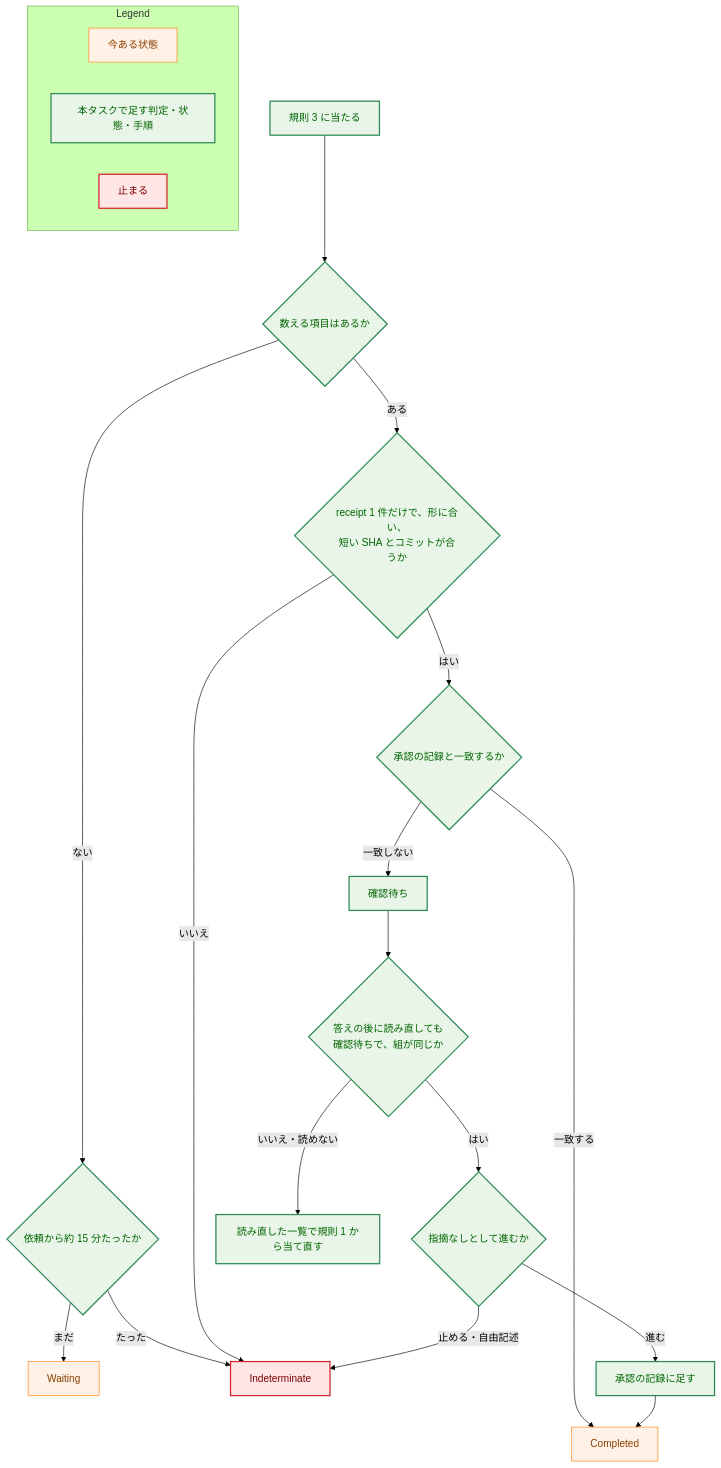
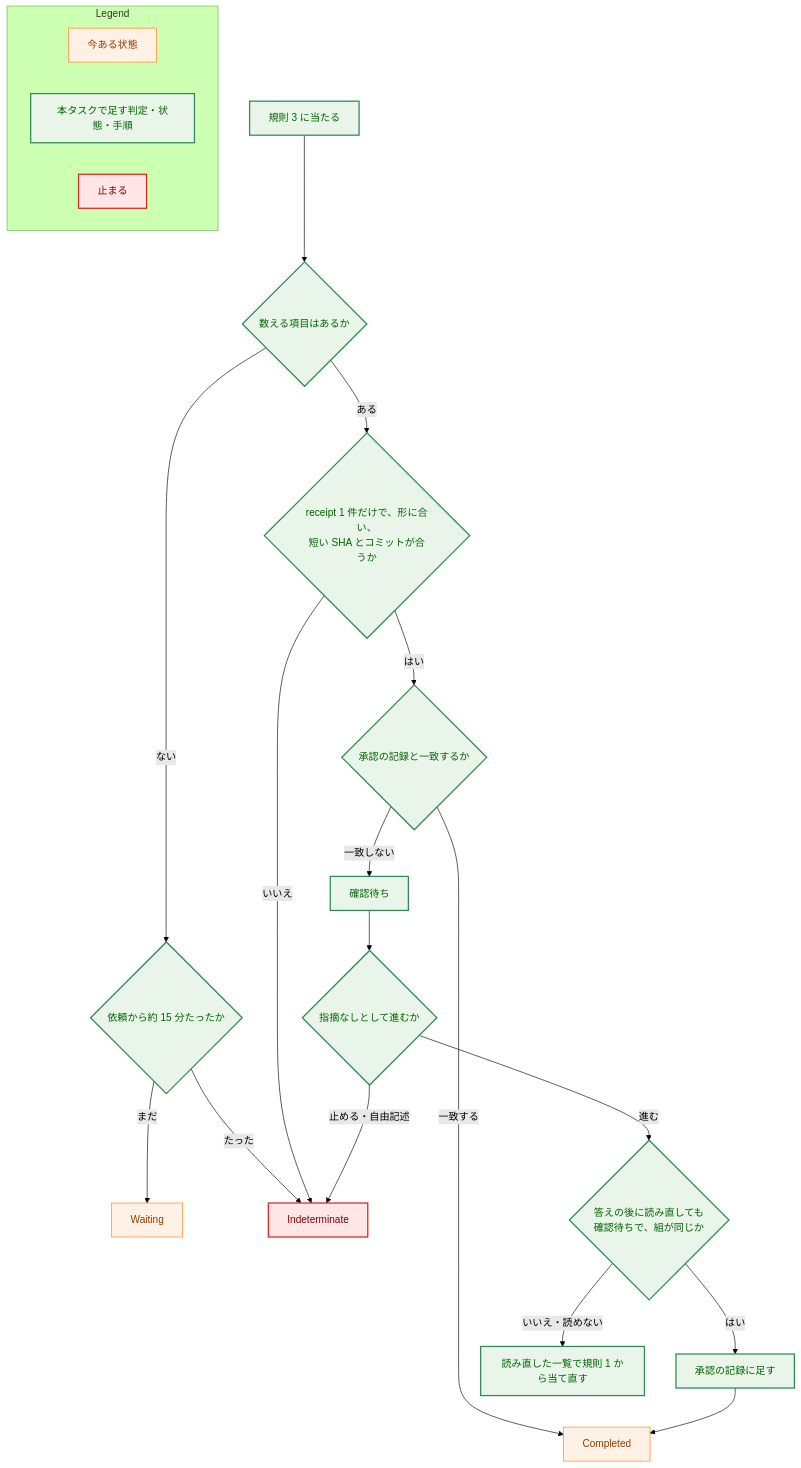
One commit to isseis/yt2column changed the fifth of 5 diagrams in docs/tasks/0108_codex_null_findings_receipt/02_architecture.md. Above: the diagram before and after it, drawn with Mermaid (forest theme). The commit also changed other lines of this file and 5 other files, not shown here.

````diff
--- a/docs/tasks/0108_codex_null_findings_receipt/02_architecture.md
+++ b/docs/tasks/0108_codex_null_findings_receipt/02_architecture.md
@@ -598,50 +605,50 @@
 ```mermaid
 flowchart TD
     classDef process fill:#fff1e6,stroke:#ff7f0e,stroke-width:1px,color:#8a3e00;
     classDef enhanced fill:#e8f5e8,stroke:#2e8b57,stroke-width:2px,color:#006400;
     classDef problem fill:#ffe6e6,stroke:#d62728,stroke-width:2px,color:#7b0000;
 
     START["規則 3 に当たる"]
     COUNT{"数える項目はあるか"}
     DEADLINE{"依頼から約 15 分たったか"}
     ONE{"receipt 1 件だけで、形に合い、<br>短い SHA とコミットが合うか"}
     MATCH{"承認の記録と一致するか"}
     WAIT["Waiting"]
     IND["Indeterminate"]
     DONE["Completed"]
     ASK["確認待ち"]
     ANSWER{"指摘なしとして進むか"}
     RECHECK{"答えの後に読み直しても<br>確認待ちで、組が同じか"}
     REMEMBER["承認の記録に足す"]
     AGAIN["読み直した一覧で規則 1 から当て直す"]
 
     START --> COUNT
     COUNT -->|"ない"| DEADLINE
     DEADLINE -->|"まだ"| WAIT
     DEADLINE -->|"たった"| IND
     COUNT -->|"ある"| ONE
     ONE -->|"いいえ"| IND
     ONE -->|"はい"| MATCH
     MATCH -->|"一致する"| DONE
     MATCH -->|"一致しない"| ASK
-    ASK --> RECHECK
+    ASK --> ANSWER
+    ANSWER -->|"止める・自由記述"| IND
+    ANSWER -->|"進む"| RECHECK
     RECHECK -->|"いいえ・読めない"| AGAIN
-    RECHECK -->|"はい"| ANSWER
-    ANSWER -->|"止める・自由記述"| IND
-    ANSWER -->|"進む"| REMEMBER
+    RECHECK -->|"はい"| REMEMBER
     REMEMBER --> DONE
 
     class START,COUNT,DEADLINE,ONE,MATCH,ANSWER,RECHECK enhanced
     class WAIT,DONE process
     class ASK,REMEMBER,AGAIN enhanced
     class IND problem
 
     subgraph Legend["Legend"]
         L1["今ある状態"]
         L2["本タスクで足す判定・状態・手順"]
         L3["止まる"]
     end
     class L1 process
     class L2 enhanced
     class L3 problem
 ```
````
